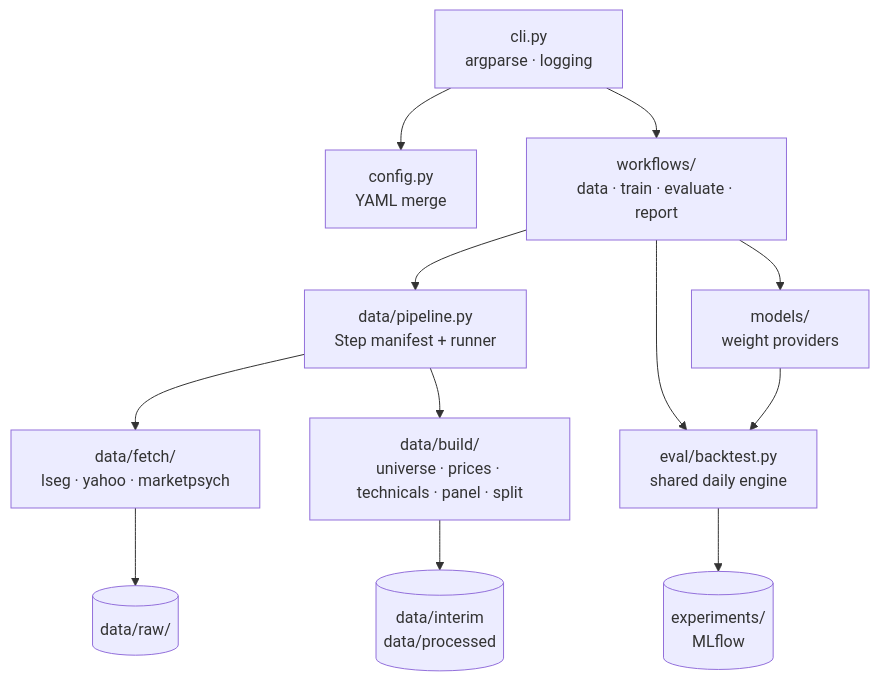
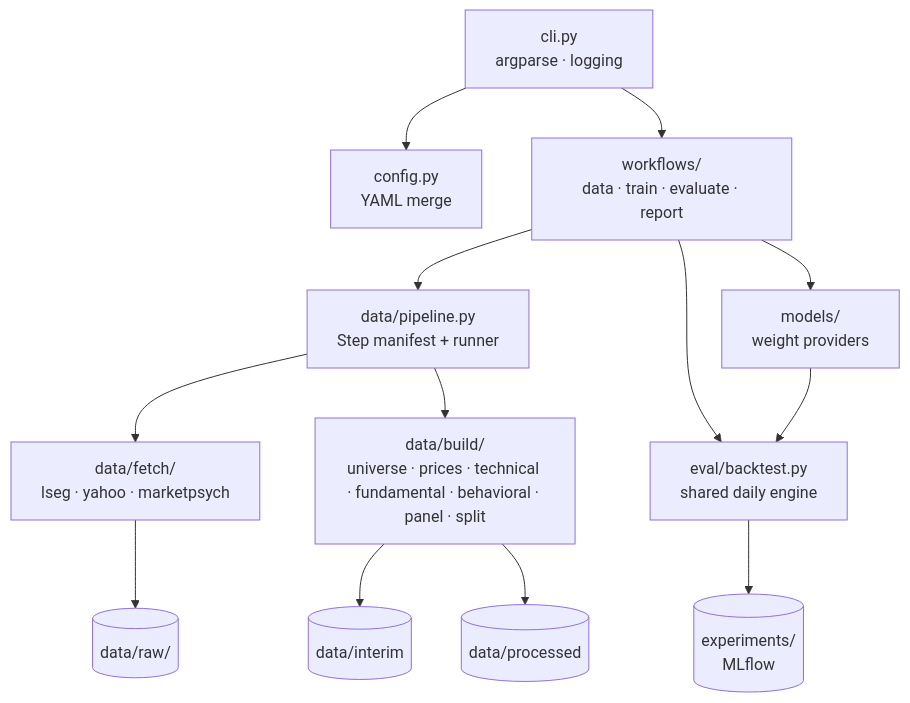
The diagram in docs/architecture.md (life00/factor-weaver), drawn with Mermaid before and after one commit. The commit also changed other lines of this file and 5 other files, not shown here.

Commit message:
docs: reflect current data pipeline structure

````diff
--- a/docs/architecture.md
+++ b/docs/architecture.md
@@ -16,16 +16,17 @@
 ```mermaid
 flowchart TB
   cli["cli.py<br/>argparse · logging"] --> config["config.py<br/>YAML merge"]
   cli --> workflows["workflows/<br/>data · train · evaluate · report"]
 
   workflows --> pipeline["data/pipeline.py<br/>Step manifest + runner"]
   pipeline --> fetch["data/fetch/<br/>lseg · yahoo · marketpsych"]
-  pipeline --> build["data/build/<br/>universe · prices · technicals · panel · split"]
+  pipeline --> build["data/build/<br/>universe · prices · technical · fundamental · behavioral · panel · split"]
   fetch --> raw[("data/raw/")]
-  build --> derived[("data/interim<br/>data/processed")]
+  build --> interim[("data/interim")]
+  build --> processed[("data/processed")]
 
   workflows --> models["models/<br/>weight providers"]
   workflows --> engine["eval/backtest.py<br/>shared daily engine"]
   models --> engine
   engine --> experiments[("experiments/<br/>MLflow")]
 ```
````
